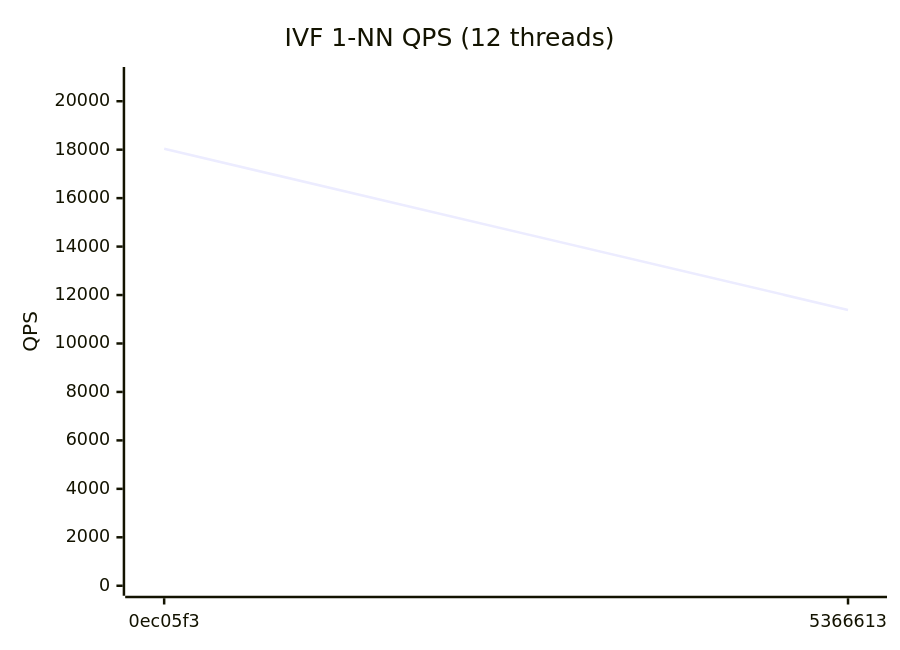
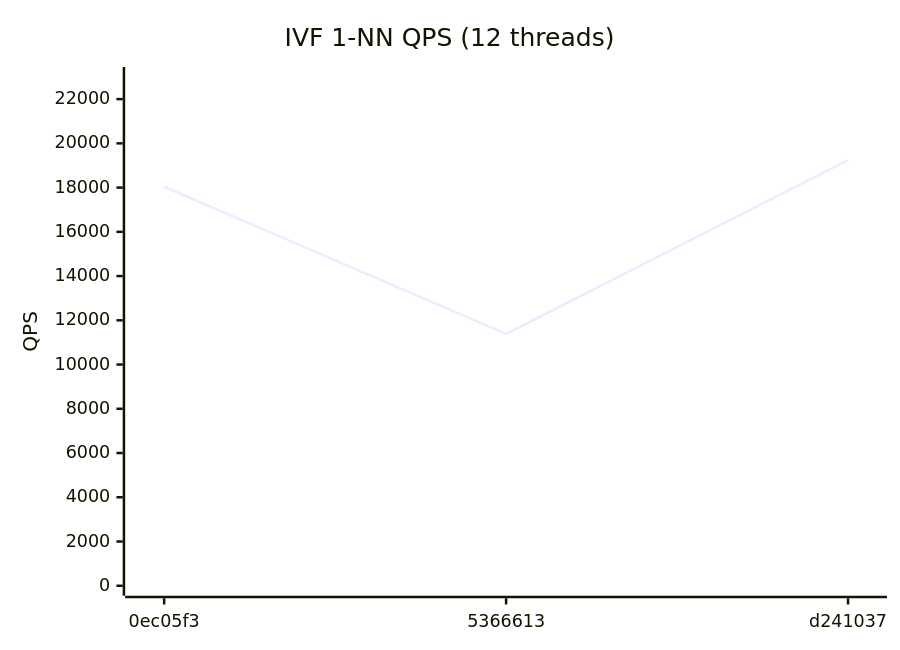
The fourth of 4 diagrams in benchmarks/REPORT.md (bibidhSubedi0/RedBoxDb), drawn with Mermaid before and after one commit. The commit also changed other lines of this file and 1 other file, not shown here.

````diff
--- a/benchmarks/REPORT.md
+++ b/benchmarks/REPORT.md
@@ -49,7 +49,7 @@
 ```mermaid
 xychart-beta
   title "IVF 1-NN QPS (12 threads)"
-  x-axis ["0ec05f3", "5366613"]
-  y-axis "QPS" 0 --> 21000
-  line [18039, 11386]
+  x-axis ["0ec05f3", "5366613", "d241037"]
+  y-axis "QPS" 0 --> 23000
+  line [18039, 11386, 19241]
 ```
````
